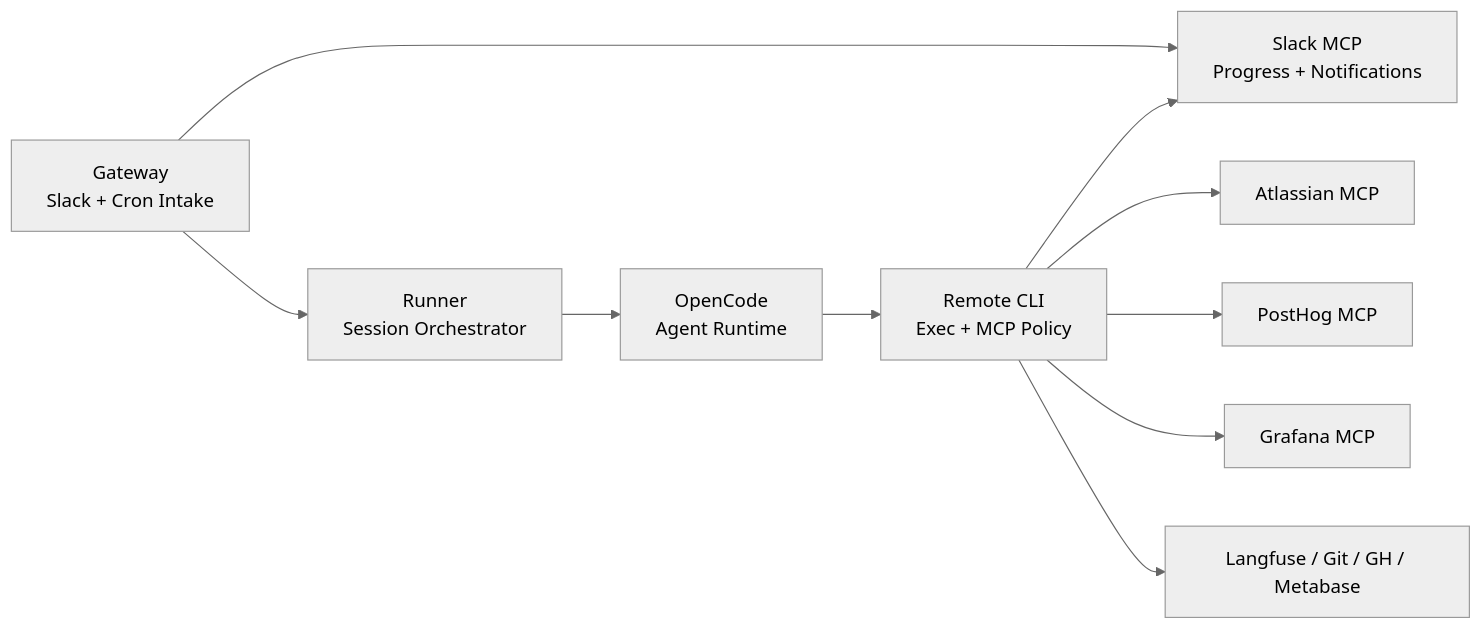
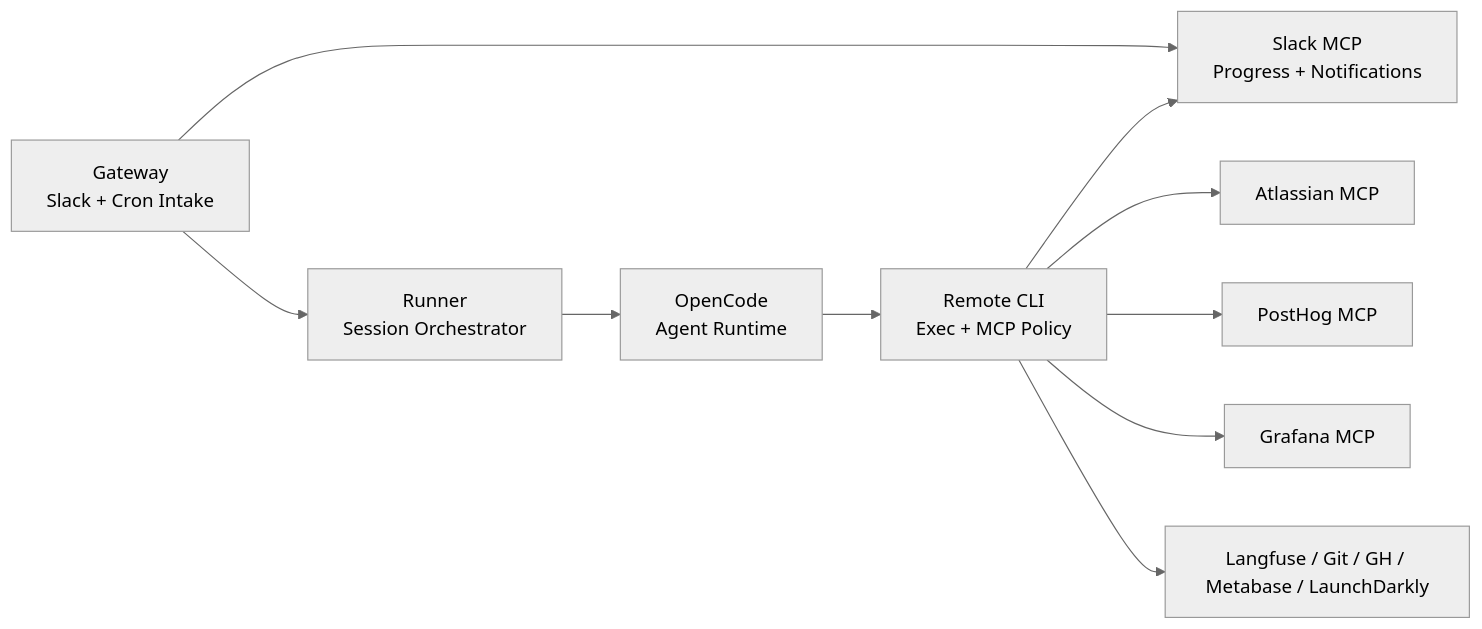
One commit to scoutqa-dot-ai/thor changed the diagram in docs/feat/mvp.md. Above: the diagram before and after it, drawn with Mermaid (neutral theme). The commit also changed other lines of this file and 3 other files, not shown here.

````diff
--- a/docs/feat/mvp.md
+++ b/docs/feat/mvp.md
@@ -7,24 +7,24 @@
 ```mermaid
 flowchart LR
 
     A[OpenCode<br/>Agent Runtime]
     B[Runner<br/>Session Orchestrator]
     C[Gateway<br/>Slack + Cron Intake]
     D[Remote CLI<br/>Exec + MCP Policy]
     E[Slack MCP<br/>Progress + Notifications]
 
     F[Atlassian MCP]
     G[PostHog MCP]
     H[Grafana MCP]
-    I[Langfuse / Git / GH / Metabase]
+    I[Langfuse / Git / GH / Metabase / LaunchDarkly]
 
     C --> B
     B --> A
     A --> D
     C --> E
     D --> E
     D --> F
     D --> G
     D --> H
     D --> I
 ```
````
